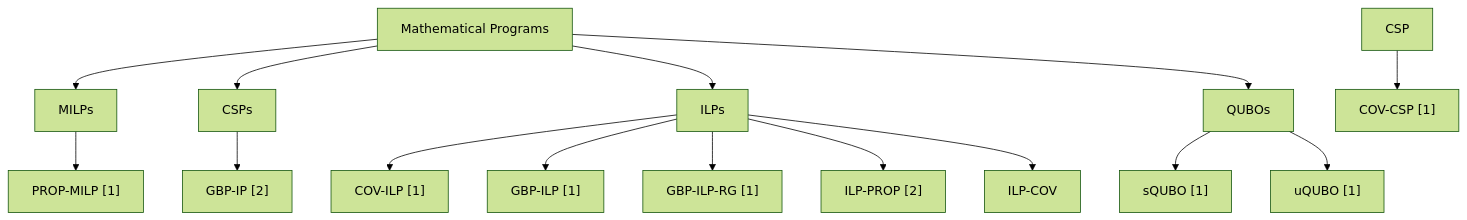
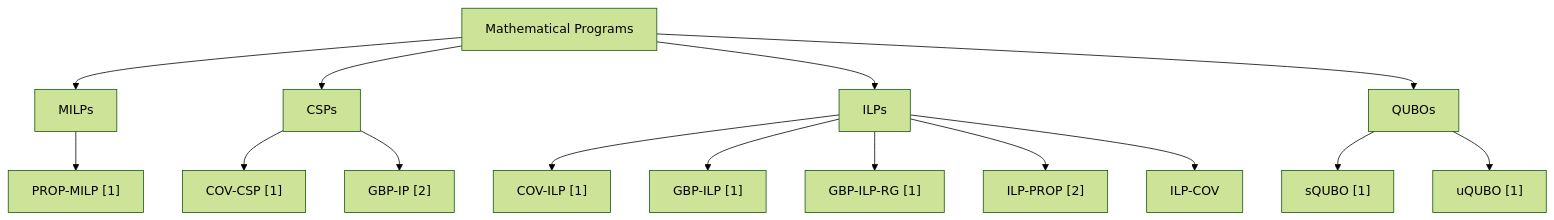
The diagram in README.md (NodesOnFire/GBP-MPs), drawn with Mermaid (forest theme) before and after one commit.

````diff
--- a/README.md
+++ b/README.md
@@ -4,17 +4,17 @@
 ```mermaid
 graph TD;
     MPs["Mathematical Programs"] --> MILPs;
     MPs["Mathematical Programs"] --> CSPs;
     MPs["Mathematical Programs"] --> ILPs;
     MPs["Mathematical Programs"] --> QUBOs;
     MILPs --> PROP-MILP["PROP-MILP [1]"];
-    CSP --> COV-CSP["COV-CSP [1]"];
+    CSPs --> COV-CSP["COV-CSP [1]"];
     CSPs --> GBP-IP["GBP-IP [2]"];
     ILPs --> COV-ILP["COV-ILP [1]"];
     ILPs --> GBP-ILP["GBP-ILP [1]"];
     ILPs --> GBP-ILP-RG["GBP-ILP-RG [1]"];
     ILPs --> ILP-PROP["ILP-PROP [2]"];
     ILPs --> ILP-COV;
     QUBOs --> sQUBO["sQUBO [1]"];
     QUBOs --> uQUBO["uQUBO [1]"];
 ```
````
